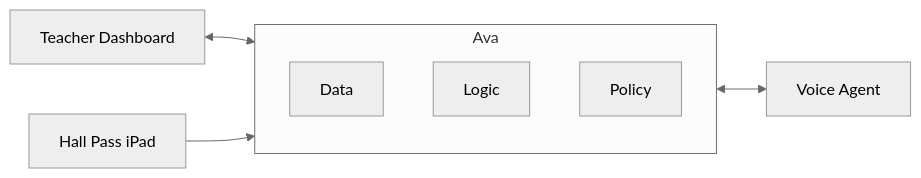
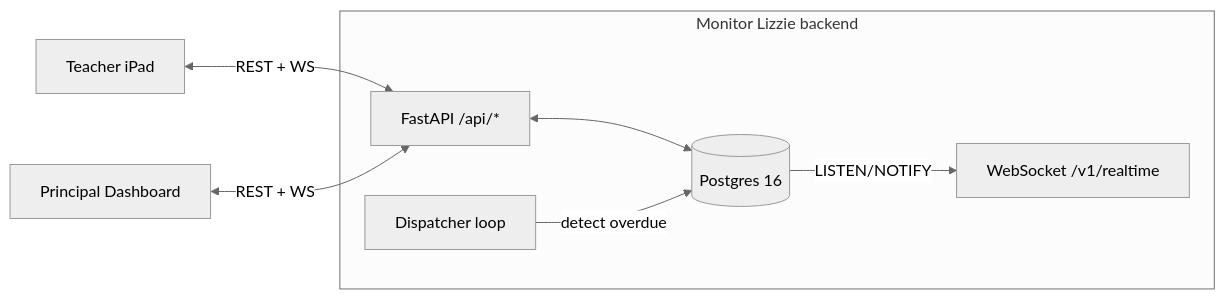
One commit to gonzalj3/hallPassAttendanceOfficer changed the diagram in README.md. Above: the diagram before and after it, drawn with Mermaid (neutral theme). The commit also changed other lines of this file and 3 other files, not shown here.

````diff
--- a/README.md
+++ b/README.md
@@ -11,16 +12,16 @@
 ```mermaid
 flowchart LR
-  Teacher["Teacher Dashboard"]
-  HallPass["Hall Pass iPad"]
-  Voice["Voice Agent"]
-
-  subgraph Ava["Ava"]
-    Data["Data"]
-    Logic["Logic"]
-    Policy["Policy"]
+  iPad["Teacher iPad"]
+  Dash["Principal Dashboard"]
+  subgraph Lizzie["Monitor Lizzie backend"]
+    API["FastAPI /api/*"]
+    Disp["Dispatcher loop"]
+    DB[("Postgres 16")]
+    WS["WebSocket /v1/realtime"]
   end
-
-  Teacher <--> Ava
-  HallPass --> Ava
-  Ava <--> Voice
+  iPad <-->|REST + WS| API
+  Dash <-->|REST + WS| API
+  API <--> DB
+  Disp -->|detect overdue| DB
+  DB -->|LISTEN/NOTIFY| WS
 ```
````
